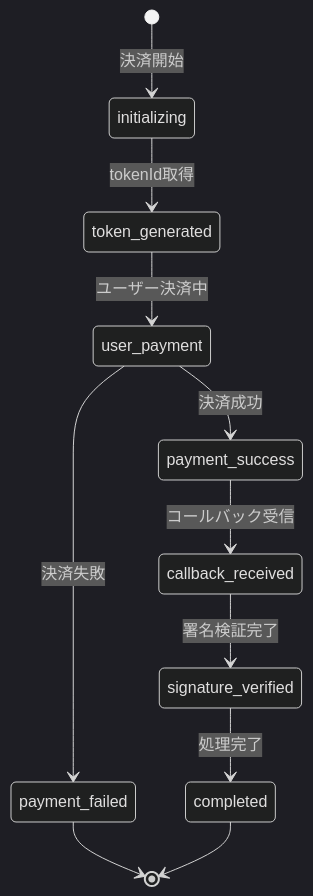
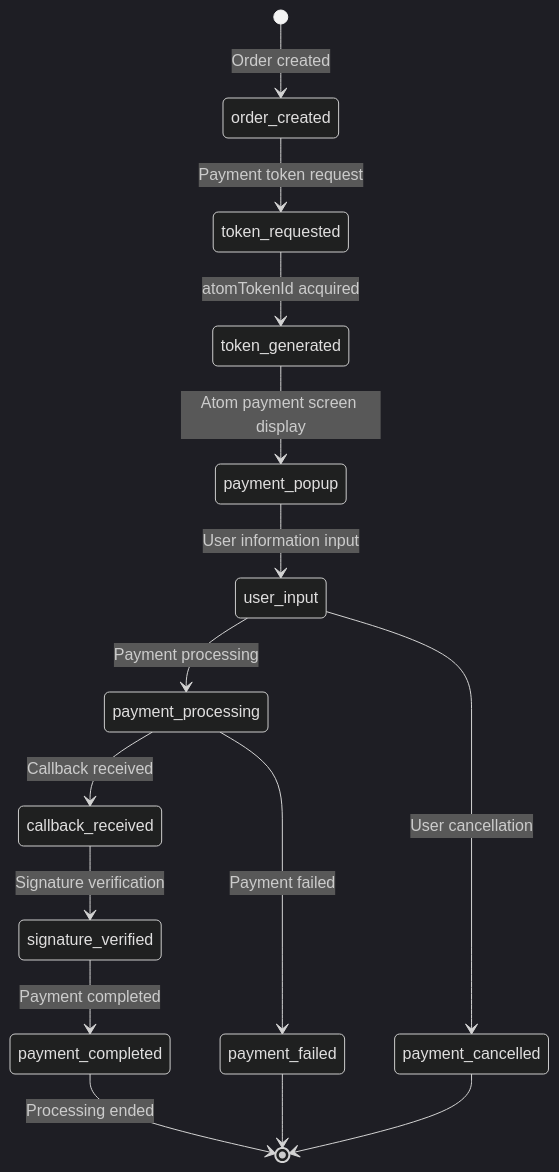
The second of 2 diagrams in docs/payment-api-guides/get_payment_flow.md (nttdatapay/nttdatapay-mcp-server), drawn with Mermaid (dark theme) before and after one commit. The commit also changed other lines of this file and 13 other files, not shown here.

````diff
--- a/docs/payment-api-guides/get_payment_flow.md
+++ b/docs/payment-api-guides/get_payment_flow.md
@@ -239,13 +585,18 @@
 ```mermaid
 stateDiagram-v2
-    [*] --> initializing : 決済開始
-    initializing --> token_generated : tokenId取得
-    token_generated --> user_payment : ユーザー決済中
-    user_payment --> payment_success : 決済成功
-    user_payment --> payment_failed : 決済失敗
-    payment_success --> callback_received : コールバック受信
-    callback_received --> signature_verified : 署名検証完了
-    signature_verified --> completed : 処理完了
+    [*] --> order_created : Order created
+    order_created --> token_requested : Payment token request
+    token_requested --> token_generated : atomTokenId acquired
+    token_generated --> payment_popup : Atom payment screen display
+    payment_popup --> user_input : User information input
+    user_input --> payment_processing : Payment processing
+    payment_processing --> callback_received : Callback received
+    callback_received --> signature_verified : Signature verification
+    signature_verified --> payment_completed : Payment completed
+    payment_completed --> [*] : Processing ended
+    
+    user_input --> payment_cancelled : User cancellation
+    payment_processing --> payment_failed : Payment failed
+    payment_cancelled --> [*]
     payment_failed --> [*]
-    completed --> [*]
 ```
````
